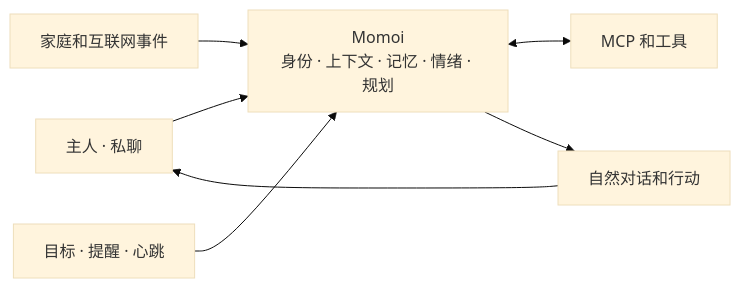
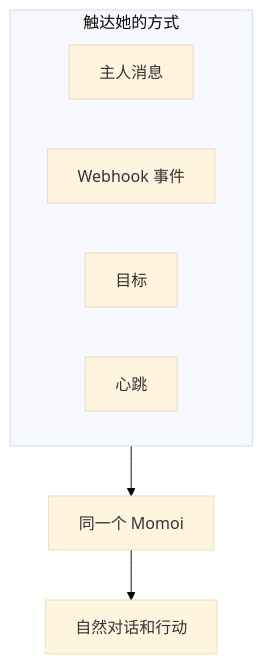
Before and after one commit to RicterZ/Momoi: the diagram in README.zh-CN.md, drawn with Mermaid (base theme). The commit also changed 1 other file, not shown here.

Commit message:
Simplify the product-design diagram into a single path.
Show the four entries, one Momoi, and conversation without the old loop
of internals and side arrows.

````diff
--- a/README.zh-CN.md
+++ b/README.zh-CN.md
@@ -26,9 +26,13 @@
 ```mermaid
-flowchart LR
-  owner["主人 · 私聊"] --> momoi
-  events["家庭和互联网事件"] --> momoi
-  time["目标 · 提醒 · 心跳"] --> momoi
-  momoi["Momoi<br/>身份 · 上下文 · 记忆 · 情绪 · 规划"] <--> tools["MCP 和工具"]
-  momoi --> conversation["自然对话和行动"]
-  conversation --> owner
+flowchart TB
+  subgraph reach["触达她的方式"]
+    direction LR
+    owner["主人消息"]
+    events["Webhook 事件"]
+    goal["目标"]
+    heartbeat["心跳"]
+  end
+  momoi["同一个 Momoi"]
+  out["自然对话和行动"]
+  reach --> momoi --> out
 ```
````
